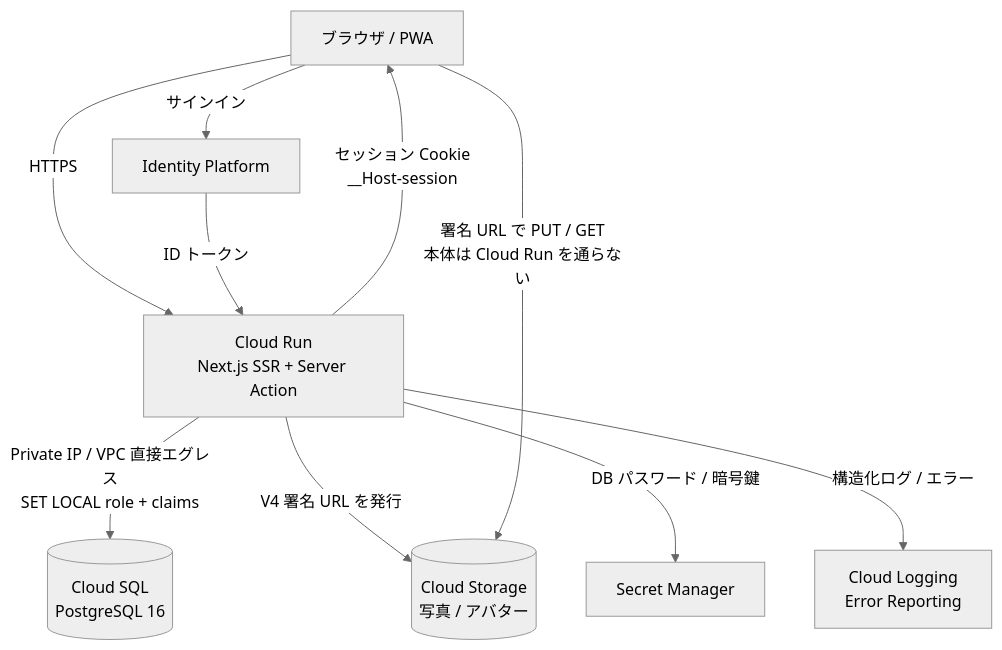
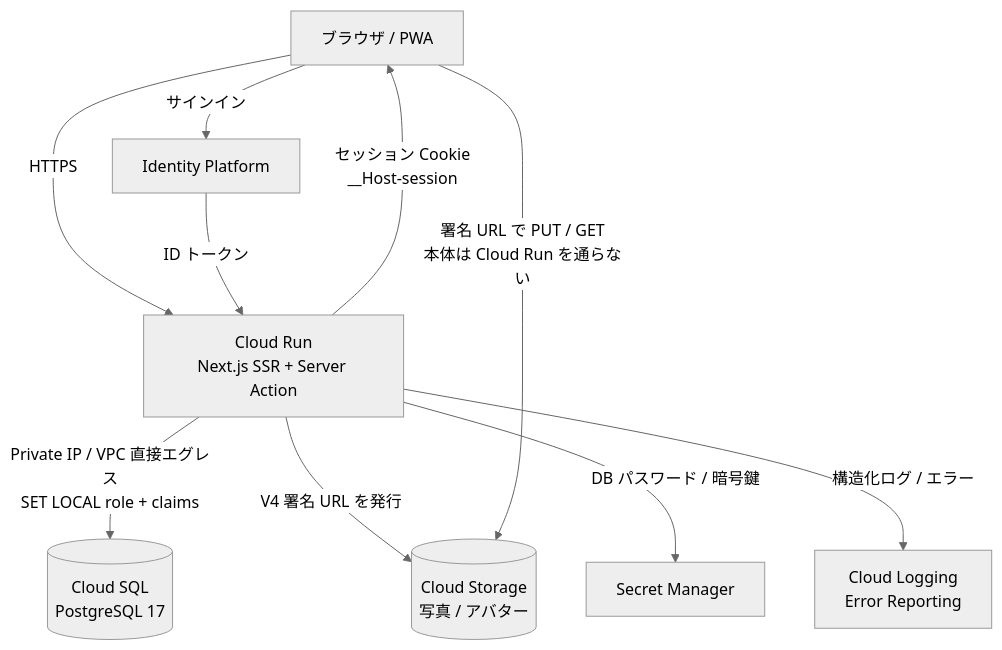
One commit to godhuu0505/mfmf changed the third of 7 diagrams in docs/explanation/gcp-migration.md. Above: the diagram before and after it, drawn with Mermaid (neutral theme). The commit also changed other lines of this file, not shown here.

````diff
--- a/docs/explanation/gcp-migration.md
+++ b/docs/explanation/gcp-migration.md
@@ -104,13 +104,13 @@
 ```mermaid
 flowchart TB
   U["ブラウザ / PWA"]
   U -->|"HTTPS"| CR["Cloud Run<br/>Next.js SSR + Server Action"]
   U -->|"サインイン"| IP["Identity Platform"]
   IP -->|"ID トークン"| CR
   CR -->|"セッション Cookie<br/>__Host-session"| U
-  CR -->|"Private IP / VPC 直接エグレス<br/>SET LOCAL role + claims"| SQL[("Cloud SQL<br/>PostgreSQL 16")]
+  CR -->|"Private IP / VPC 直接エグレス<br/>SET LOCAL role + claims"| SQL[("Cloud SQL<br/>PostgreSQL 17")]
   CR -->|"V4 署名 URL を発行"| GCS[("Cloud Storage<br/>写真 / アバター")]
   U -->|"署名 URL で PUT / GET<br/>本体は Cloud Run を通らない"| GCS
   CR -->|"DB パスワード / 暗号鍵"| SM["Secret Manager"]
   CR -->|"構造化ログ / エラー"| OBS["Cloud Logging<br/>Error Reporting"]
 ```
````
